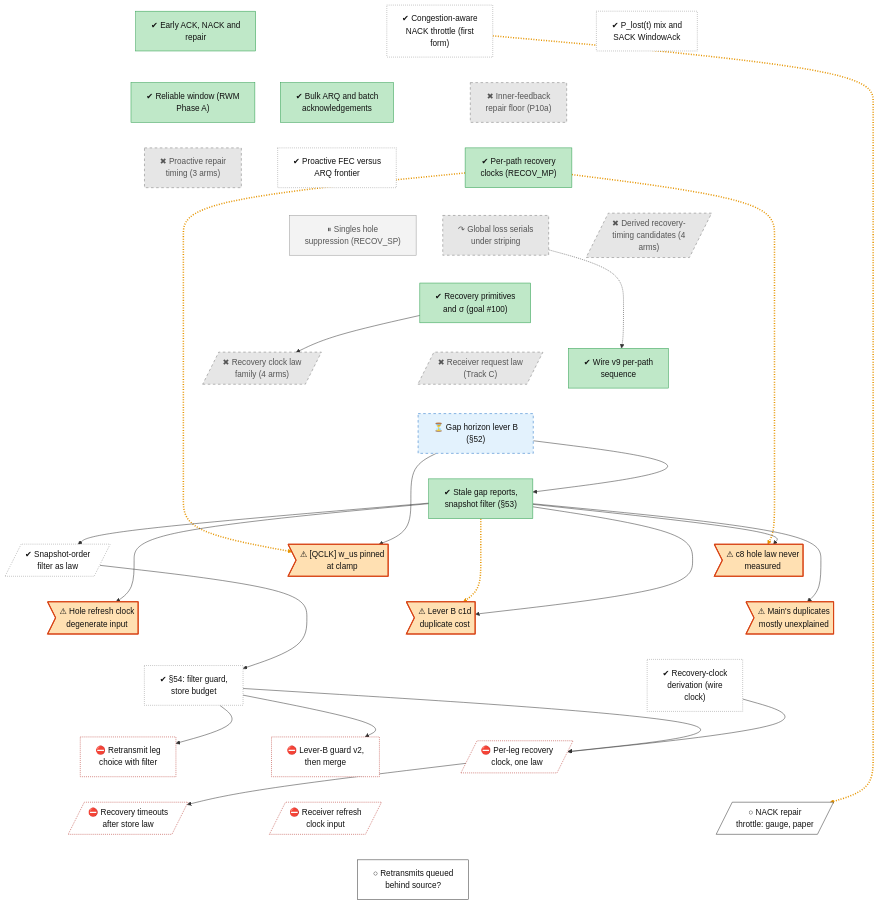
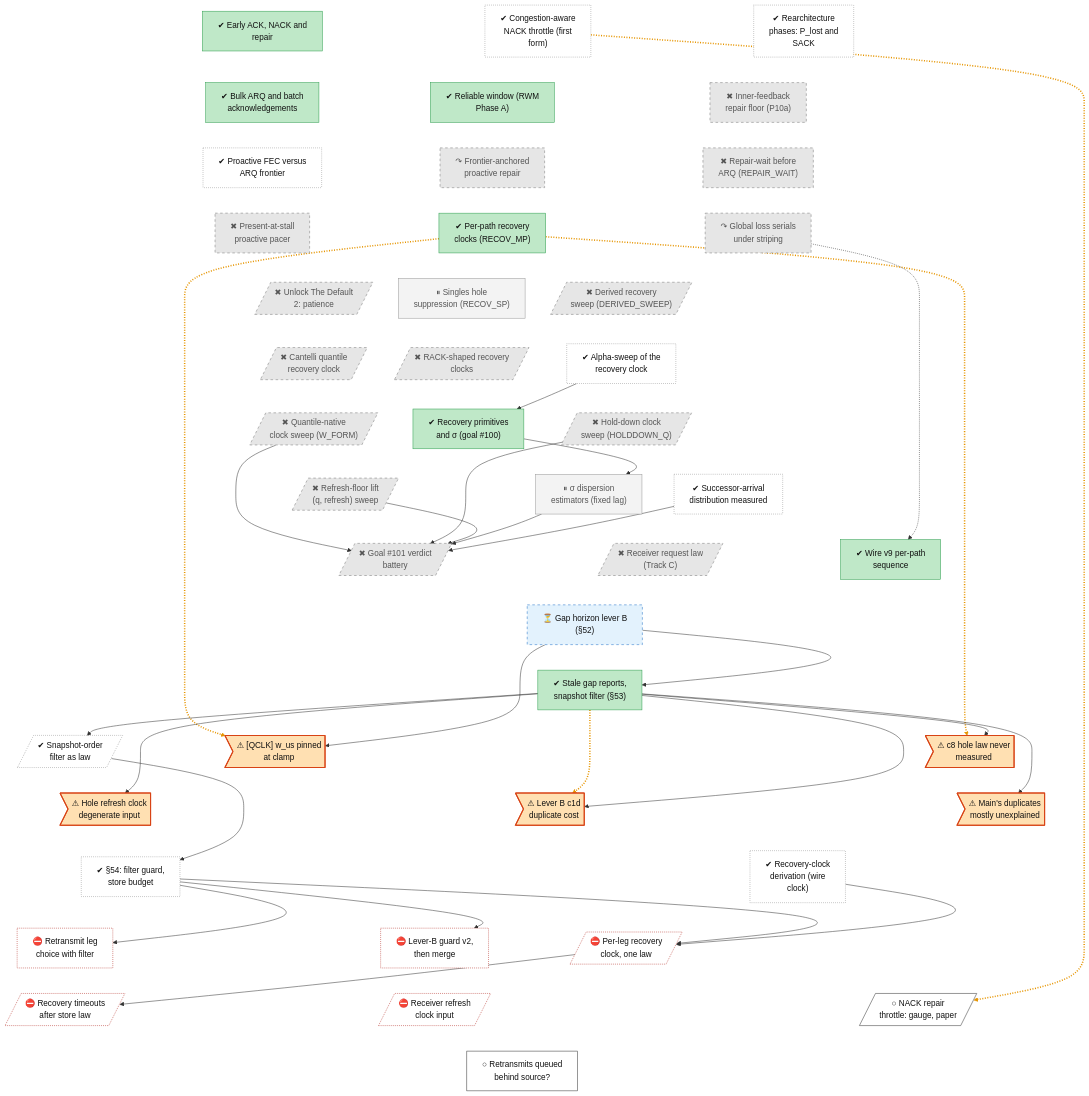
Before and after one commit to lhns/raptorpath: the diagram in docs/roadmap/tracks/rec.md, drawn with Mermaid. The commit also changed other lines of this file and 14 other files, not shown here.

First line of the commit message:
roadmap: §58-§60 up to date; family nodes split per experiment

```diff
--- a/docs/roadmap/tracks/rec.md
+++ b/docs/roadmap/tracks/rec.md
@@ -11,18 +11,29 @@
 flowchart TB
     rec_early_arq["✔ Early ACK, NACK and<br/>repair"]
     rec_nack_congestion["✔ Congestion-aware<br/>NACK throttle (first<br/>form)"]
-    rec_plost_sack["✔ P_lost(t) mix and<br/>SACK WindowAck"]
+    rec_plost_sack["✔ Rearchitecture<br/>phases: P_lost and<br/>SACK"]
     rec_bulk_arq["✔ Bulk ARQ and batch<br/>acknowledgements"]
     rec_reliable_window["✔ Reliable window (RWM<br/>Phase A)"]
     rec_p10a_repair_floor["✖ Inner-feedback<br/>repair floor (P10a)"]
     rec_fec_vs_arq["✔ Proactive FEC versus<br/>ARQ frontier"]
-    rec_proactive_repair["✖ Proactive repair<br/>timing (3 arms)"]
+    rec_inline_repair["↷ Frontier-anchored<br/>proactive repair"]
+    rec_proactive_repair["✖ Repair-wait before<br/>ARQ (REPAIR_WAIT)"]
+    rec_present_at_stall["✖ Present-at-stall<br/>proactive pacer"]
     rec_per_path_clocks["✔ Per-path recovery<br/>clocks (RECOV_MP)"]
     rec_mp_serial["↷ Global loss serials<br/>under striping"]
     rec_recov_sp["⏸ Singles hole<br/>suppression (RECOV_SP)"]
-    rec_clock_candidates[/"✖ Derived recovery-<br/>timing candidates (4<br/>arms)"/]
+    rec_patience_derived[/"✖ Unlock The Default<br/>2: patience"/]
+    rec_clock_candidates[/"✖ Derived recovery<br/>sweep (DERIVED_SWEEP)"/]
+    rec_rack_clocks[/"✖ RACK-shaped recovery<br/>clocks"/]
+    rec_cantelli_clock[/"✖ Cantelli quantile<br/>recovery clock"/]
+    rec_alpha_sweep["✔ Alpha-sweep of the<br/>recovery clock"]
     rec_goal100["✔ Recovery primitives<br/>and σ (goal #35;100)"]
-    rec_goal101[/"✖ Recovery clock law<br/>family (4 arms)"/]
+    rec_qnative_clock[/"✖ Quantile-native<br/>clock sweep (W_FORM)"/]
+    rec_holddown_clock[/"✖ Hold-down clock<br/>sweep (HOLDDOWN_Q)"/]
+    rec_refresh_floor[/"✖ Refresh-floor lift<br/>(q, refresh) sweep"/]
+    rec_dispersion_est["⏸ σ dispersion<br/>estimators (fixed lag)"]
+    rec_successor_arrival["✔ Successor-arrival<br/>distribution measured"]
+    rec_goal101[/"✖ Goal #35;101 verdict<br/>battery"/]
     rec_receiver_law[/"✖ Receiver request law<br/>(Track C)"/]
     rec_wire_v9["✔ Wire v9 per-path<br/>sequence"]
     rec_gap_horizon["⏳ Gap horizon lever B<br/>(#167;52)"]
@@ -46,17 +57,26 @@
     rec_nack_congestion ~~~ rec_reliable_window
     rec_plost_sack ~~~ rec_p10a_repair_floor
     rec_bulk_arq ~~~ rec_fec_vs_arq
-    rec_reliable_window ~~~ rec_proactive_repair
-    rec_p10a_repair_floor ~~~ rec_per_path_clocks
-    rec_fec_vs_arq ~~~ rec_mp_serial
-    rec_proactive_repair ~~~ rec_recov_sp
-    rec_per_path_clocks ~~~ rec_clock_candidates
-    rec_mp_serial ~~~ rec_goal100
-    rec_recov_sp ~~~ rec_goal100
-    rec_clock_candidates ~~~ rec_goal100
-    rec_goal100 ~~~ rec_goal101
-    rec_goal100 ~~~ rec_receiver_law
-    rec_goal100 ~~~ rec_wire_v9
+    rec_reliable_window ~~~ rec_inline_repair
+    rec_p10a_repair_floor ~~~ rec_proactive_repair
+    rec_fec_vs_arq ~~~ rec_present_at_stall
+    rec_inline_repair ~~~ rec_per_path_clocks
+    rec_proactive_repair ~~~ rec_mp_serial
+    rec_present_at_stall ~~~ rec_recov_sp
+    rec_per_path_clocks ~~~ rec_patience_derived
+    rec_mp_serial ~~~ rec_clock_candidates
+    rec_recov_sp ~~~ rec_rack_clocks
+    rec_patience_derived ~~~ rec_cantelli_clock
+    rec_clock_candidates ~~~ rec_alpha_sweep
+    rec_rack_clocks ~~~ rec_goal100
+    rec_cantelli_clock ~~~ rec_qnative_clock
+    rec_alpha_sweep ~~~ rec_holddown_clock
+    rec_goal100 ~~~ rec_refresh_floor
+    rec_qnative_clock ~~~ rec_dispersion_est
+    rec_holddown_clock ~~~ rec_successor_arrival
+    rec_refresh_floor ~~~ rec_goal101
+    rec_dispersion_est ~~~ rec_receiver_law
+    rec_successor_arrival ~~~ rec_wire_v9
     rec_goal101 ~~~ rec_gap_horizon
     rec_receiver_law ~~~ rec_gap_horizon
     rec_wire_v9 ~~~ rec_gap_horizon
@@ -83,7 +103,13 @@
     rec_per_path_clocks -.-> rec_defect_qclk_clamp
     rec_per_path_clocks -.-> rec_defect_hole_law
     rec_mp_serial -.-> rec_wire_v9
-    rec_goal100 --> rec_goal101
+    rec_alpha_sweep --> rec_goal100
+    rec_goal100 --> rec_dispersion_est
+    rec_qnative_clock --> rec_goal101
+    rec_holddown_clock --> rec_goal101
+    rec_refresh_floor --> rec_goal101
+    rec_dispersion_est --> rec_goal101
+    rec_successor_arrival --> rec_goal101
     rec_gap_horizon --> rec_snapver_filter
     rec_snapver_filter -.-> rec_leverb_c1d_cost
     rec_snapver_filter --> rec_snapver_law
@@ -98,7 +124,7 @@
     rec_s54_session --> rec_fix_perleg_clock_n1
     rec_wire_clock_derivation --> rec_fix_perleg_clock_n1
     rec_fix_perleg_clock_n1 --> rec_recovery_timeouts
-    linkStyle 37,38,39,43 stroke:#e69500,stroke-width:3px,stroke-dasharray:2 3
+    linkStyle 46,47,48,58 stroke:#e69500,stroke-width:3px,stroke-dasharray:2 3
     classDef vsucc fill:#2e9e4f,stroke:#1b6b34,color:#fff
     classDef succ fill:#bfe8c8,stroke:#2e9e4f,color:#111
     classDef mixed fill:#ffd37a,stroke:#c98a00,color:#111
@@ -113,9 +139,9 @@
     classDef defect fill:#ffe0b2,stroke:#d84315,stroke-width:2px,color:#111
     classDef waiting fill:#e3f2fd,stroke:#1f6fc5,stroke-dasharray:5 5,color:#111
     class rec_early_arq,rec_bulk_arq,rec_reliable_window,rec_per_path_clocks,rec_goal100,rec_wire_v9,rec_snapver_filter succ
-    class rec_nack_congestion,rec_plost_sack,rec_fec_vs_arq,rec_snapver_law,rec_s54_session,rec_wire_clock_derivation unrated
-    class rec_p10a_repair_floor,rec_proactive_repair,rec_mp_serial,rec_clock_candidates,rec_goal101,rec_receiver_law dead
-    class rec_recov_sp parked
+    class rec_nack_congestion,rec_plost_sack,rec_fec_vs_arq,rec_alpha_sweep,rec_successor_arrival,rec_snapver_law,rec_s54_session,rec_wire_clock_derivation unrated
+    class rec_p10a_repair_floor,rec_inline_repair,rec_proactive_repair,rec_present_at_stall,rec_mp_serial,rec_patience_derived,rec_clock_candidates,rec_rack_clocks,rec_cantelli_clock,rec_qnative_clock,rec_holddown_clock,rec_refresh_floor,rec_goal101,rec_receiver_law dead
+    class rec_recov_sp,rec_dispersion_est parked
     class rec_gap_horizon waiting
     class rec_defect_qclk_clamp,rec_defect_hole_law,rec_defect_refresh_input,rec_leverb_c1d_cost,rec_defect_base_duplicates defect
     class rec_w0_leg_question,rec_leverb_guard,rec_fix_perleg_clock_n1,rec_recovery_timeouts,rec_fix_refresh_clock blocked
```
